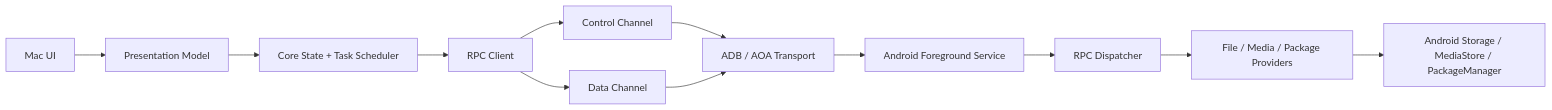
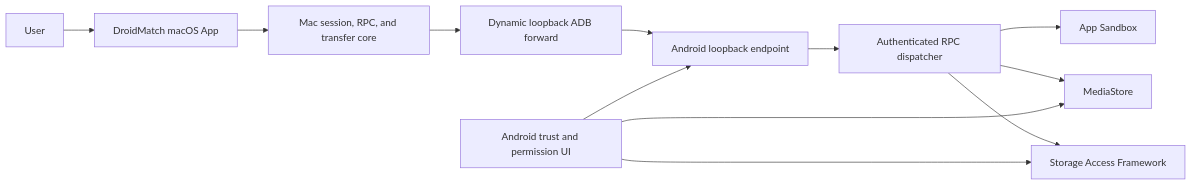
The first of 3 diagrams in docs/architecture.md (FoxBai/DroidMatch), drawn with Mermaid before and after one commit. The commit also changed other lines of this file and 10 other files, not shown here.

````diff
--- a/docs/architecture.md
+++ b/docs/architecture.md
@@ -224,14 +24,14 @@
 ```mermaid
 flowchart LR
-  MacUI["Mac UI"] --> Presentation["Presentation Model"]
-  Presentation --> Core["Core State + Task Scheduler"]
-  Core --> Rpc["RPC Client"]
-  Rpc --> Control["Control Channel"]
-  Rpc --> Data["Data Channel"]
-  Control --> Usb["ADB / AOA Transport"]
-  Data --> Usb
-  Usb --> AndroidService["Android Foreground Service"]
-  AndroidService --> Dispatcher["RPC Dispatcher"]
-  Dispatcher --> Providers["File / Media / Package Providers"]
-  Providers --> AndroidSystem["Android Storage / MediaStore / PackageManager"]
+    User["User"] --> MacApp["DroidMatch macOS App"]
+    MacApp --> Core["Mac session, RPC, and transfer core"]
+    Core --> Forward["Dynamic loopback ADB forward"]
+    Forward --> Endpoint["Android loopback endpoint"]
+    Endpoint --> Dispatcher["Authenticated RPC dispatcher"]
+    Dispatcher --> Sandbox["App Sandbox"]
+    Dispatcher --> Media["MediaStore"]
+    Dispatcher --> SAF["Storage Access Framework"]
+    AndroidUI["Android trust and permission UI"] --> Endpoint
+    AndroidUI --> Media
+    AndroidUI --> SAF
 ```
````
